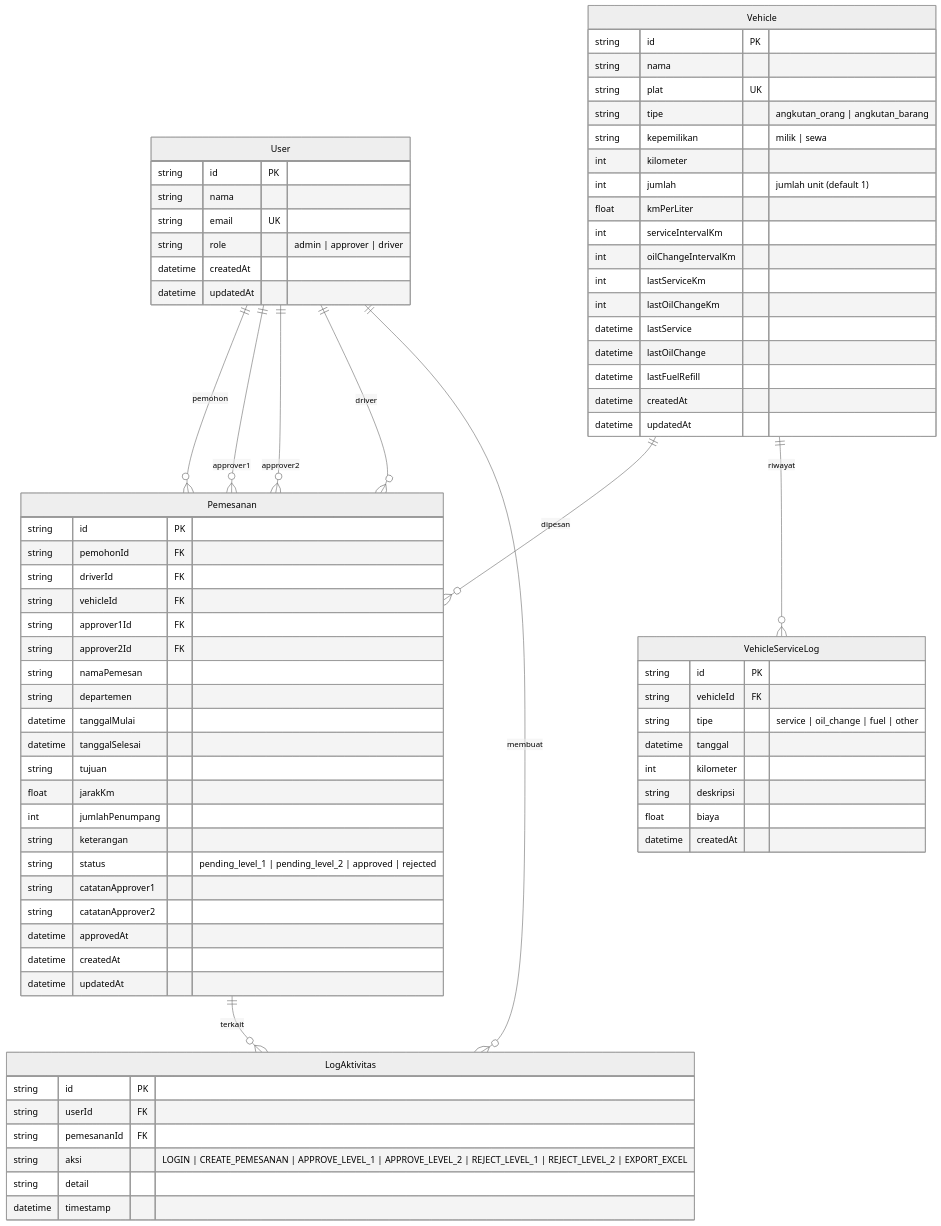
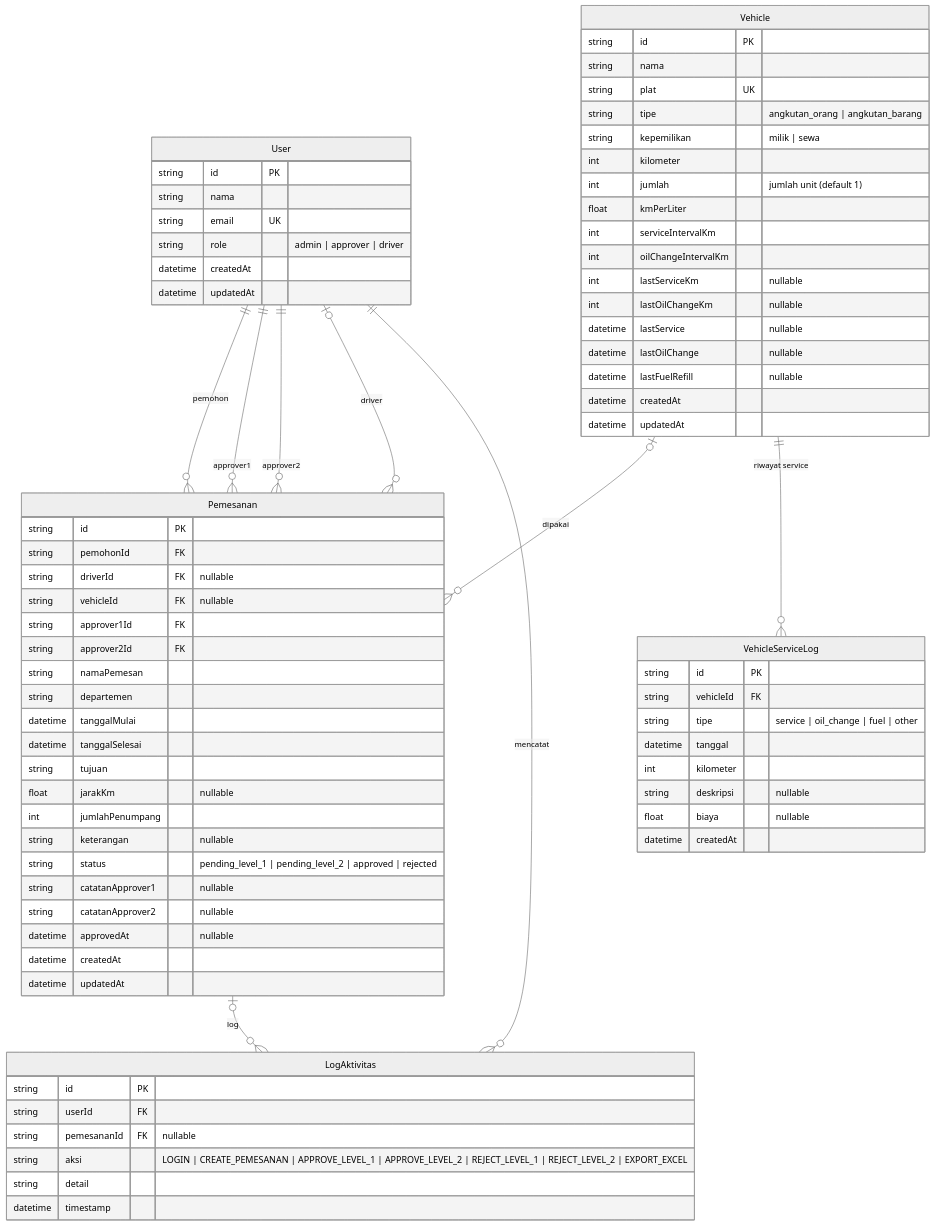
The second of 2 diagrams in docs/README.md (RayhanDitaAdam/teknikal-test), drawn with Mermaid (neutral theme) before and after one commit. The commit also changed other lines of this file, not shown here.

Commit message:
fix erd: perbaiki cardinality nullable fields, tambah style activity diagram

```diff
--- a/docs/README.md
+++ b/docs/README.md
@@ -70,11 +72,11 @@
     User ||--o{ Pemesanan : "pemohon"
     User ||--o{ Pemesanan : "approver1"
     User ||--o{ Pemesanan : "approver2"
-    User ||--o{ Pemesanan : "driver"
-    User ||--o{ LogAktivitas : "membuat"
-    Vehicle ||--o{ Pemesanan : "dipesan"
-    Vehicle ||--o{ VehicleServiceLog : "riwayat"
-    Pemesanan ||--o{ LogAktivitas : "terkait"
+    User |o--o{ Pemesanan : "driver"
+    User ||--o{ LogAktivitas : "mencatat"
+    Vehicle |o--o{ Pemesanan : "dipakai"
+    Vehicle ||--o{ VehicleServiceLog : "riwayat service"
+    Pemesanan |o--o{ LogAktivitas : "log"
 
     User {
         string id PK
@@ -96,11 +98,11 @@
         float kmPerLiter
         int serviceIntervalKm
         int oilChangeIntervalKm
-        int lastServiceKm
-        int lastOilChangeKm
-        datetime lastService
-        datetime lastOilChange
-        datetime lastFuelRefill
+        int lastServiceKm "nullable"
+        int lastOilChangeKm "nullable"
+        datetime lastService "nullable"
+        datetime lastOilChange "nullable"
+        datetime lastFuelRefill "nullable"
         datetime createdAt
         datetime updatedAt
     }
@@ -111,16 +113,16 @@
         string tipe "service | oil_change | fuel | other"
         datetime tanggal
         int kilometer
-        string deskripsi
-        float biaya
+        string deskripsi "nullable"
+        float biaya "nullable"
         datetime createdAt
     }
 
     Pemesanan {
         string id PK
         string pemohonId FK
-        string driverId FK
-        string vehicleId FK
+        string driverId FK "nullable"
+        string vehicleId FK "nullable"
         string approver1Id FK
         string approver2Id FK
         string namaPemesan
@@ -128,13 +130,13 @@
         datetime tanggalMulai
         datetime tanggalSelesai
         string tujuan
-        float jarakKm
+        float jarakKm "nullable"
         int jumlahPenumpang
-        string keterangan
+        string keterangan "nullable"
         string status "pending_level_1 | pending_level_2 | approved | rejected"
-        string catatanApprover1
-        string catatanApprover2
-        datetime approvedAt
+        string catatanApprover1 "nullable"
+        string catatanApprover2 "nullable"
+        datetime approvedAt "nullable"
         datetime createdAt
         datetime updatedAt
     }
@@ -142,7 +144,7 @@
     LogAktivitas {
         string id PK
         string userId FK
-        string pemesananId FK
+        string pemesananId FK "nullable"
         string aksi "LOGIN | CREATE_PEMESANAN | APPROVE_LEVEL_1 | APPROVE_LEVEL_2 | REJECT_LEVEL_1 | REJECT_LEVEL_2 | EXPORT_EXCEL"
         string detail
         datetime timestamp
```
